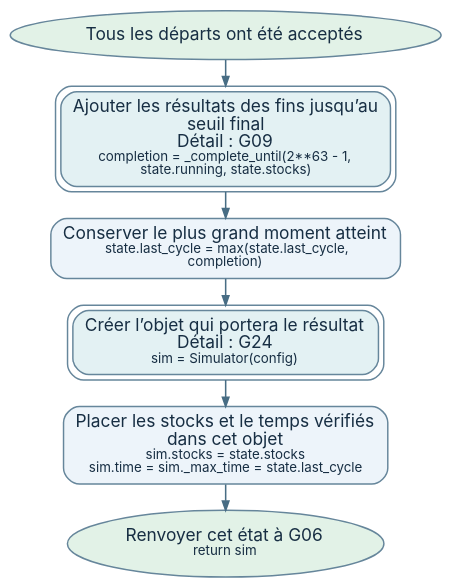
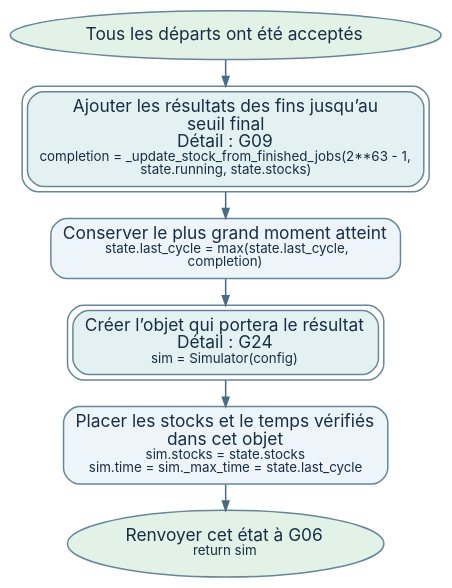
One commit to raveriss/krpsim changed the diagram in output/pdf/eli5_source/connected/G11.dot. Above: the diagram before and after it, drawn with Graphviz. The commit also changed 14 other files, not shown here.

```diff
--- a/output/pdf/eli5_source/connected/G11.dot
+++ b/output/pdf/eli5_source/connected/G11.dot
@@ -1,16 +1,16 @@
 digraph flow {
 graph [rankdir=TB, ranksep=0.28, nodesep=0.25, pad=0.12, splines=polyline, bgcolor="transparent", ordering=out];
 node [fontname="Inter", fontsize=13, color="#66869b", fontcolor="#172e43", penwidth=1.1, margin="0.13,0.09"];
 edge [fontname="Inter", fontsize=11, color="#486d84", fontcolor="#235d6d", penwidth=1.15, arrowsize=0.7];
 start [shape=ellipse, style="filled", fillcolor="#e2f2e7", peripheries=1, label=<<FONT POINT-SIZE="13">Tous les départs ont été acceptés</FONT>>];
-complete [shape=box, style="filled,rounded", fillcolor="#e3f1f3", peripheries=2, label=<<FONT POINT-SIZE="13">Ajouter les résultats des fins jusqu’au<BR/>seuil final<BR/>Détail : G09</FONT><BR/><FONT POINT-SIZE="10.5">completion = _complete_until(2**63 - 1,<BR/>state.running, state.stocks)</FONT>>];
+complete [shape=box, style="filled,rounded", fillcolor="#e3f1f3", peripheries=2, label=<<FONT POINT-SIZE="13">Ajouter les résultats des fins jusqu’au<BR/>seuil final<BR/>Détail : G09</FONT><BR/><FONT POINT-SIZE="10.5">completion = _update_stock_from_finished_jobs(2**63 - 1,<BR/>state.running, state.stocks)</FONT>>];
 last [shape=box, style="filled,rounded", fillcolor="#edf4fa", peripheries=1, label=<<FONT POINT-SIZE="13">Conserver le plus grand moment atteint</FONT><BR/><FONT POINT-SIZE="10.5">state.last_cycle = max(state.last_cycle,<BR/>completion)</FONT>>];
 construct [shape=box, style="filled,rounded", fillcolor="#e3f1f3", peripheries=2, label=<<FONT POINT-SIZE="13">Créer l’objet qui portera le résultat<BR/>Détail : G24</FONT><BR/><FONT POINT-SIZE="10.5">sim = Simulator(config)</FONT>>];
 replace [shape=box, style="filled,rounded", fillcolor="#edf4fa", peripheries=1, label=<<FONT POINT-SIZE="13">Placer les stocks et le temps vérifiés<BR/>dans cet objet</FONT><BR/><FONT POINT-SIZE="10.5">sim.stocks = state.stocks<BR/>sim.time = sim._max_time = state.last_cycle</FONT>>];
 end [shape=ellipse, style="filled", fillcolor="#e2f2e7", peripheries=1, label=<<FONT POINT-SIZE="13">Renvoyer cet état à G06</FONT><BR/><FONT POINT-SIZE="10.5">return sim</FONT>>];
 start -> complete [label=""];
 complete -> last [label=""];
 last -> construct [label=""];
 construct -> replace [label=""];
 replace -> end [label=""];
 }
```
